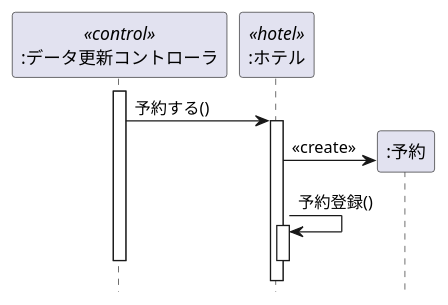
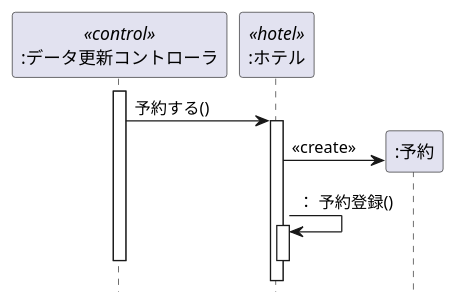
One commit to omorirenka/uml-introduction changed the diagram in 演習4-3_SD_データ更新コントローラとホテルと予約.pu. Above: the diagram before and after it, drawn with PlantUML.

Commit message:
演習4-3反映処理

```diff
--- a/演習4-3_SD_データ更新コントローラとホテルと予約.pu
+++ b/演習4-3_SD_データ更新コントローラとホテルと予約.pu
@@ -1,17 +1,17 @@
 @startuml
 hide footbox
 participant ":データ更新コントローラ" as controller <<control>>
 participant ":ホテル" as hotel <<hotel>>
 participant ":予約" as y
 
 activate controller
 controller -> hotel : 予約する()
 activate hotel
 create y
 hotel -> y : <<create>>
-hotel -> hotel : 予約登録()
+hotel -> hotel :： 予約登録()
 activate hotel
 deactivate hotel
 deactivate controller
 
 @enduml
```
